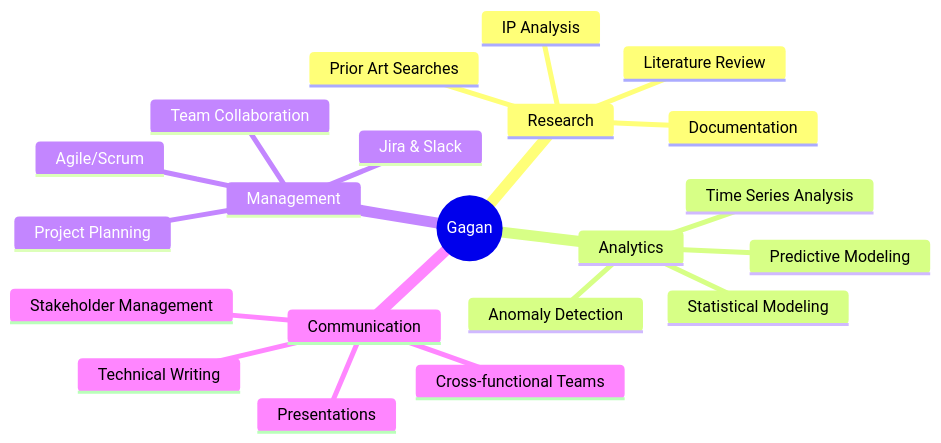
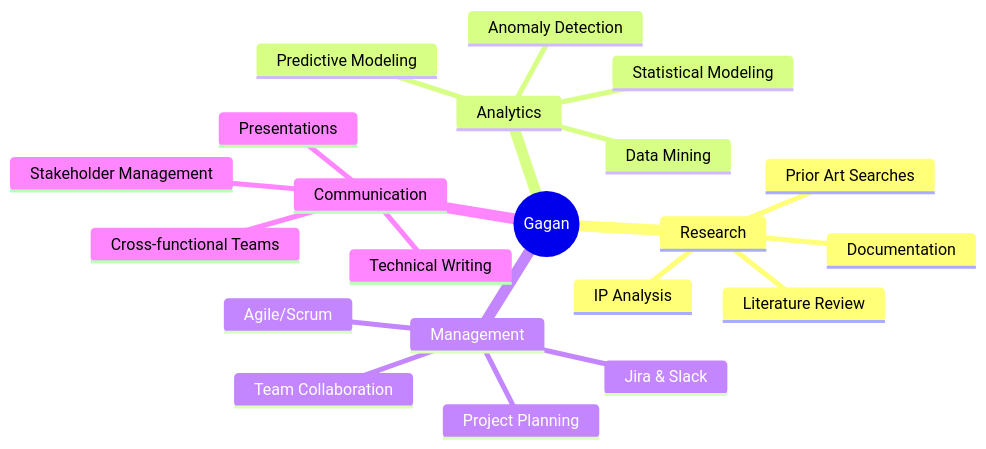
The second of 2 diagrams in README.md (Gaganub/Gaganub), drawn with Mermaid before and after one commit. The commit also changed other lines of this file, not shown here.

Commit message:
README.md

````diff
--- a/README.md
+++ b/README.md
@@ -370,36 +374,36 @@
 ```mermaid
 %%{init: {
     'theme': 'neutral',
     'themeVariables': {
-        'background': '#FFFFFF',          /* Light Background */
-        'mainBkg': '#005A9C',             /* Root Node (Corporate Blue) */
+        'background': '#1E1E1E',          /* Dark Background */
+        'mainBkg': '#4A90E2',             /* Root Node (Vibrant Blue) */
         'mainTextColor': '#FFFFFF',       /* Root Node Text (White) */
-        'lineColor': '#333333',           /* Line Color */
-        'nodeBorder': '#005A9C',          /* Border Color */
-        'nodeBkg': '#F3F3F3',             /* Secondary Node Background (Light Gray) */
-        'nodeTextColor': '#333333'        /* Secondary Node Text (Dark Gray) */
+        'lineColor': '#B3B3B3',           /* Light Gray Lines */
+        'nodeBorder': '#4A90E2',          /* Blue Border */
+        'nodeBkg': '#333333',             /* Secondary Node Background (Dark Gray) */
+        'nodeTextColor': '#FFFFFF'        /* Secondary Node Text (White - FOR VISIBILITY) */
     }
 }}%%
 mindmap
   root((Gagan))
     Research
       Literature Review
       Prior Art Searches
       IP Analysis
       Documentation
     Analytics
       Statistical Modeling
-      Time Series Analysis
+      Data Mining
       Anomaly Detection
       Predictive Modeling
     Management
       Agile/Scrum
       Project Planning
       Team Collaboration
       Jira & Slack
     Communication
       Technical Writing
       Presentations
       Cross-functional Teams
       Stakeholder Management
 ```
````
